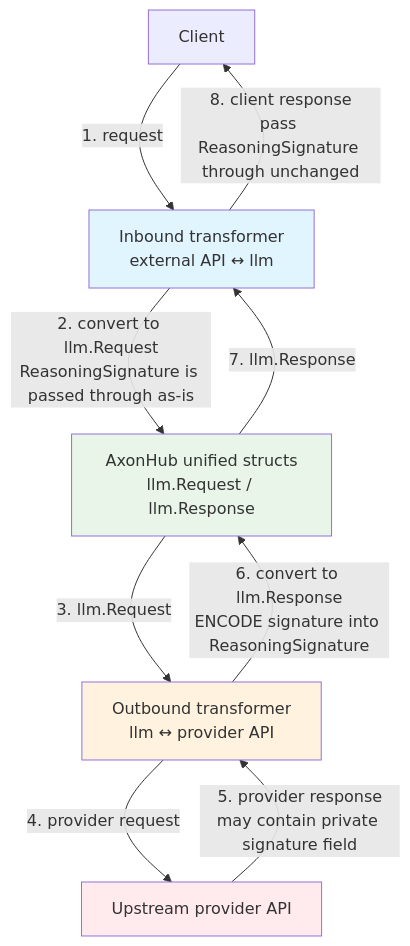
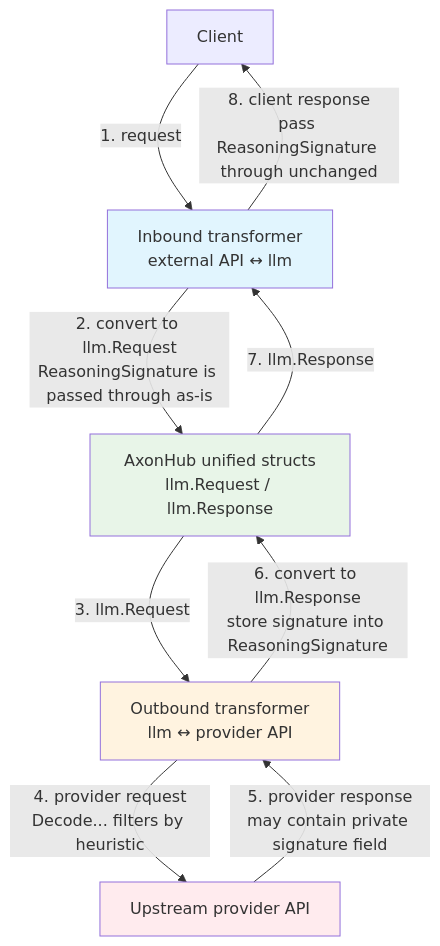
One commit to looplj/axonhub changed the diagram in llm/transformer/shared/README.md. Above: the diagram before and after it, drawn with Mermaid. The commit also changed other lines of this file and 8 other files, not shown here.

````diff
--- a/llm/transformer/shared/README.md
+++ b/llm/transformer/shared/README.md
@@ -90,23 +80,23 @@
 ```mermaid
 flowchart TD
     C[Client]
     IT[Inbound transformer<br/>external API ↔ llm]
     LLM[AxonHub unified structs<br/>llm.Request / llm.Response]
     OT[Outbound transformer<br/>llm ↔ provider API]
     P[Upstream provider API]
 
     C -->|1. request| IT
     IT -->|2. convert to llm.Request<br/>ReasoningSignature is passed through as-is| LLM
     LLM -->|3. llm.Request| OT
-    OT -->|4. provider request| P
+    OT -->|4. provider request<br/>Decode... filters by heuristic| P
 
     P -->|5. provider response<br/>may contain private signature field| OT
-    OT -->|6. convert to llm.Response<br/>ENCODE signature into ReasoningSignature| LLM
+    OT -->|6. convert to llm.Response<br/>store signature into ReasoningSignature| LLM
     LLM -->|7. llm.Response| IT
     IT -->|8. client response<br/>pass ReasoningSignature through unchanged| C
     
     style IT fill:#e1f5fe
     style OT fill:#fff3e0
     style LLM fill:#e8f5e8
     style P fill:#ffebee
 ```
````
